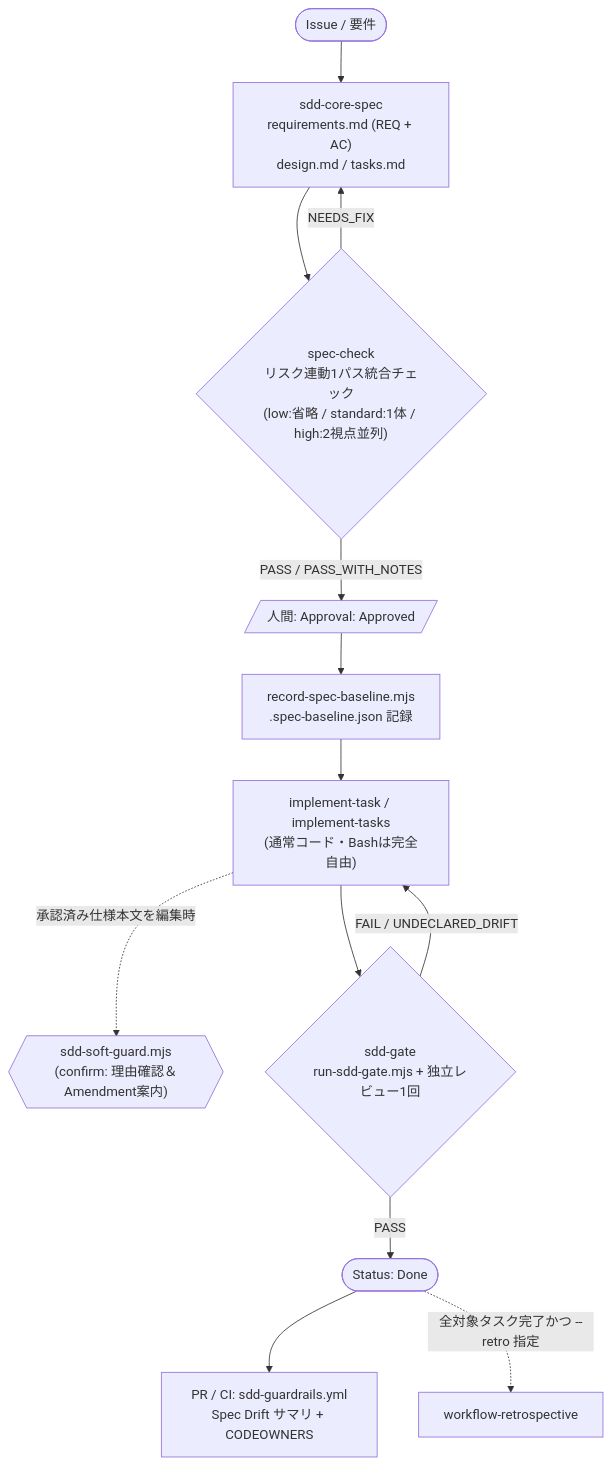
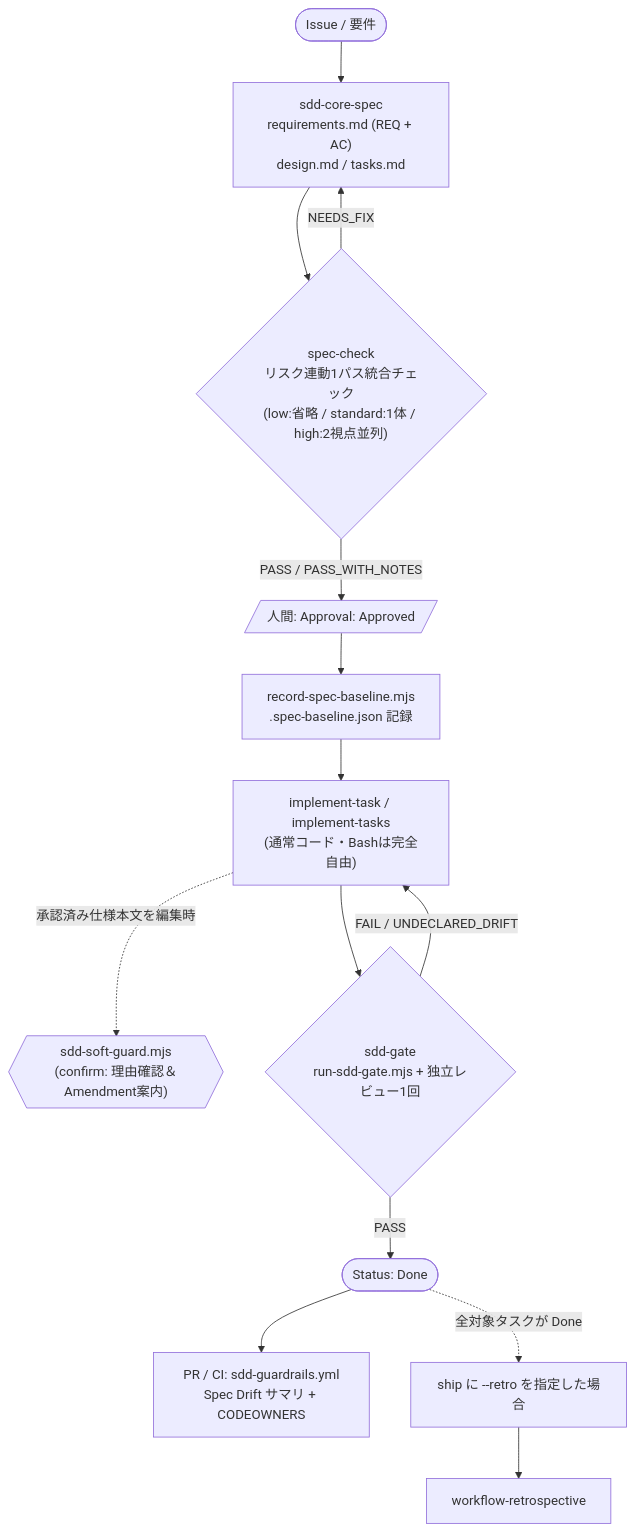
The diagram in docs/workflow-guide.md (aharada54914/sdd-forge), drawn with Mermaid before and after one commit. The commit also changed 1 other file, not shown here.

Commit message:
Preserve the retrospective diagram contract for the optional ship step

````diff
--- a/docs/workflow-guide.md
+++ b/docs/workflow-guide.md
@@ -14,15 +14,16 @@
 ```mermaid
 flowchart TD
     A(["Issue / 要件"]) --> B["sdd-core-spec\nrequirements.md (REQ + AC)\ndesign.md / tasks.md"]
     B --> C{"spec-check\nリスク連動1パス統合チェック\n(low:省略 / standard:1体 / high:2視点並列)"}
     C -->|NEEDS_FIX| B
     C -->|PASS / PASS_WITH_NOTES| H[/"人間: Approval: Approved"/]
     H --> BL["record-spec-baseline.mjs\n.spec-baseline.json 記録"]
     BL --> IMP["implement-task / implement-tasks\n(通常コード・Bashは完全自由)"]
     IMP -. "承認済み仕様本文を編集時" .-> SG{{"sdd-soft-guard.mjs\n(confirm: 理由確認＆Amendment案内)"}}
     IMP --> GATE{"sdd-gate\nrun-sdd-gate.mjs + 独立レビュー1回"}
     GATE -->|FAIL / UNDECLARED_DRIFT| IMP
     GATE -->|PASS| DONE(["Status: Done"])
     DONE --> CI["PR / CI: sdd-guardrails.yml\nSpec Drift サマリ + CODEOWNERS"]
-    DONE -. "全対象タスク完了かつ --retro 指定" .-> RETRO["workflow-retrospective"]
+    DONE -. "全対象タスクが Done" .-> P["ship に --retro を指定した場合"]
+    P --> W[workflow-retrospective]
 ```
````
